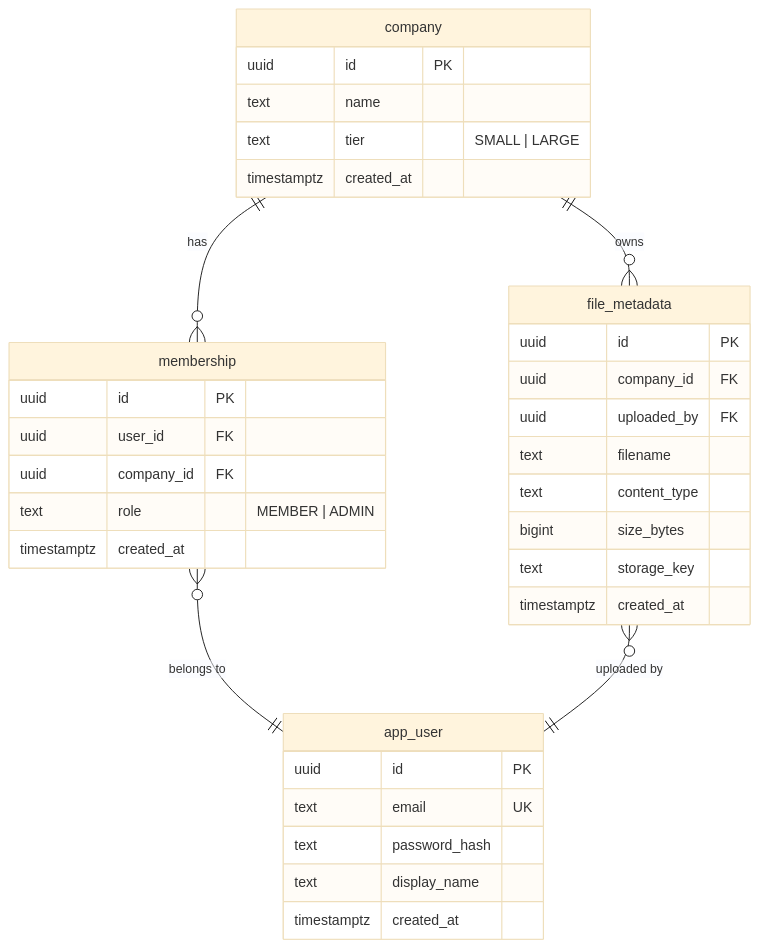
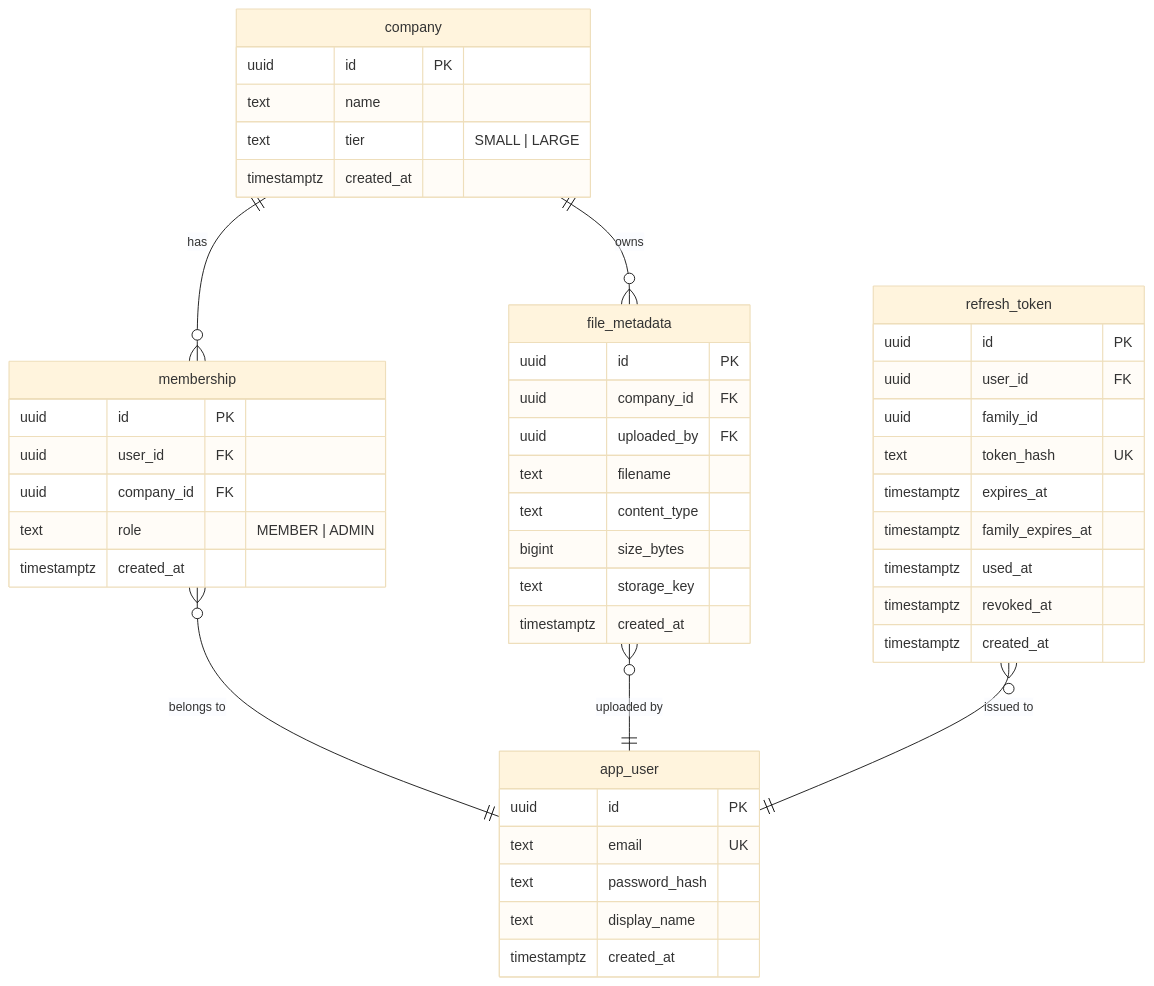
Before and after one commit to luke-ken/teamvault: the diagram in docs/erd.md, drawn with Mermaid (base theme). The commit also changed other lines of this file and 8 other files, not shown here.

Commit message:
docs: ADR-007 accepted, refresh flow in the README, ladder, ERD and walkthrough pointer

````diff
--- a/docs/erd.md
+++ b/docs/erd.md
@@ -15,38 +15,50 @@
 ```mermaid
 erDiagram
     company ||--o{ membership : has
     company ||--o{ file_metadata : owns
     membership }o--|| app_user : "belongs to"
     file_metadata }o--|| app_user : "uploaded by"
+    refresh_token }o--|| app_user : "issued to"
 
     company {
         uuid id PK
         text name
         text tier "SMALL | LARGE"
         timestamptz created_at
     }
     app_user {
         uuid id PK
         text email UK
         text password_hash
         text display_name
         timestamptz created_at
     }
     membership {
         uuid id PK
         uuid user_id FK
         uuid company_id FK
         text role "MEMBER | ADMIN"
         timestamptz created_at
     }
     file_metadata {
         uuid id PK
         uuid company_id FK
         uuid uploaded_by FK
         text filename
         text content_type
         bigint size_bytes
         text storage_key
         timestamptz created_at
     }
+    refresh_token {
+        uuid id PK
+        uuid user_id FK
+        uuid family_id
+        text token_hash UK
+        timestamptz expires_at
+        timestamptz family_expires_at
+        timestamptz used_at
+        timestamptz revoked_at
+        timestamptz created_at
+    }
 ```
````
